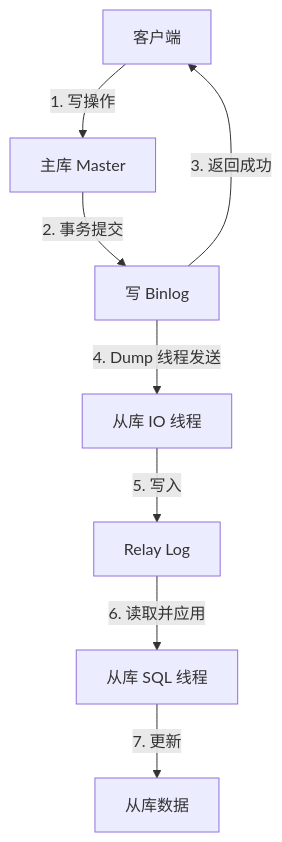
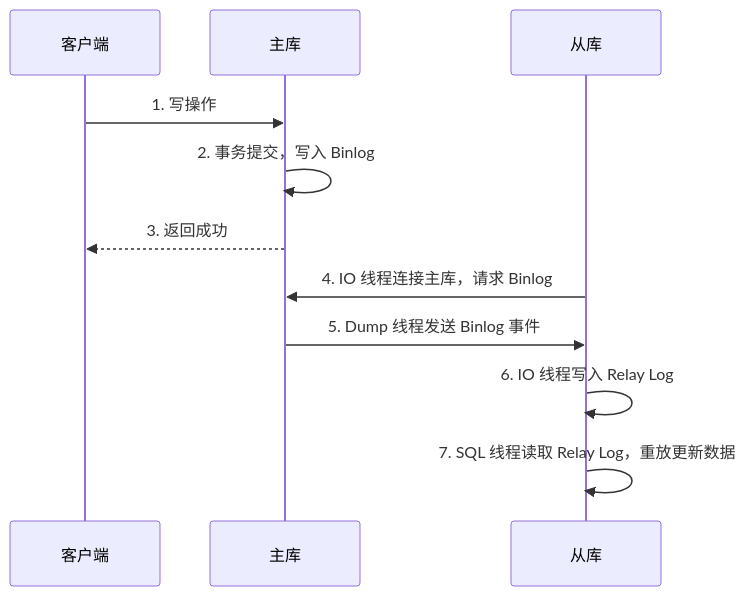
One commit to jiangwch03/notes changed the diagram in 数据库/mysql/MySql主从同步.md. Above: the diagram before and after it, drawn with Mermaid. The commit also changed other lines of this file and 7 other files, not shown here.

````diff
--- a/数据库/mysql/MySql主从同步.md
+++ b/数据库/mysql/MySql主从同步.md
@@ -43,10 +44,14 @@
 ```mermaid
-flowchart TD
-    Client[客户端] -->|1. 写操作| Master[主库 Master]
-    Master -->|2. 事务提交| Binlog[写 Binlog]
-    Binlog -->|3. 返回成功| Client
-    Binlog -->|4. Dump 线程发送| SlaveIO[从库 IO 线程]
-    SlaveIO -->|5. 写入| RelayLog[Relay Log]
-    RelayLog -->|6. 读取并应用| SlaveSQL[从库 SQL 线程]
-    SlaveSQL -->|7. 更新| SlaveData[从库数据]
+sequenceDiagram
+    participant Client as 客户端
+    participant Master as 主库
+    participant Slave as 从库
+
+    Client->>Master: 1. 写操作
+    Master->>Master: 2. 事务提交，写入 Binlog
+    Master-->>Client: 3. 返回成功
+    Slave->>Master: 4. IO 线程连接主库，请求 Binlog
+    Master->>Slave: 5. Dump 线程发送 Binlog 事件
+    Slave->>Slave: 6. IO 线程写入 Relay Log
+    Slave->>Slave: 7. SQL 线程读取 Relay Log，重放更新数据
 ```
````
